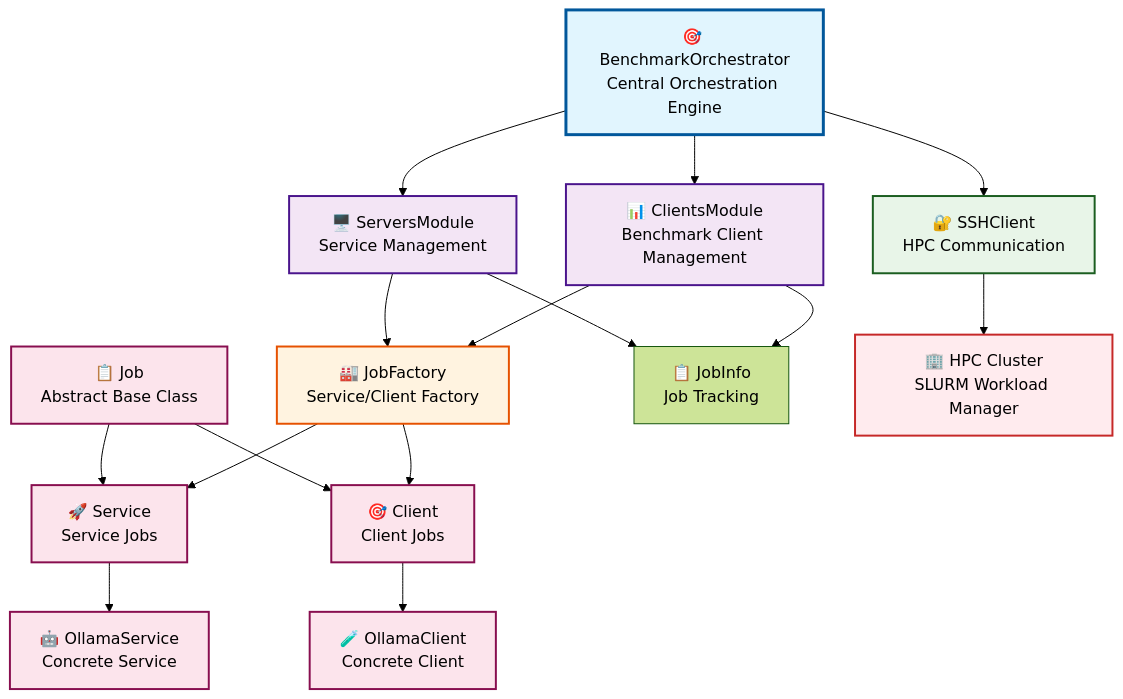
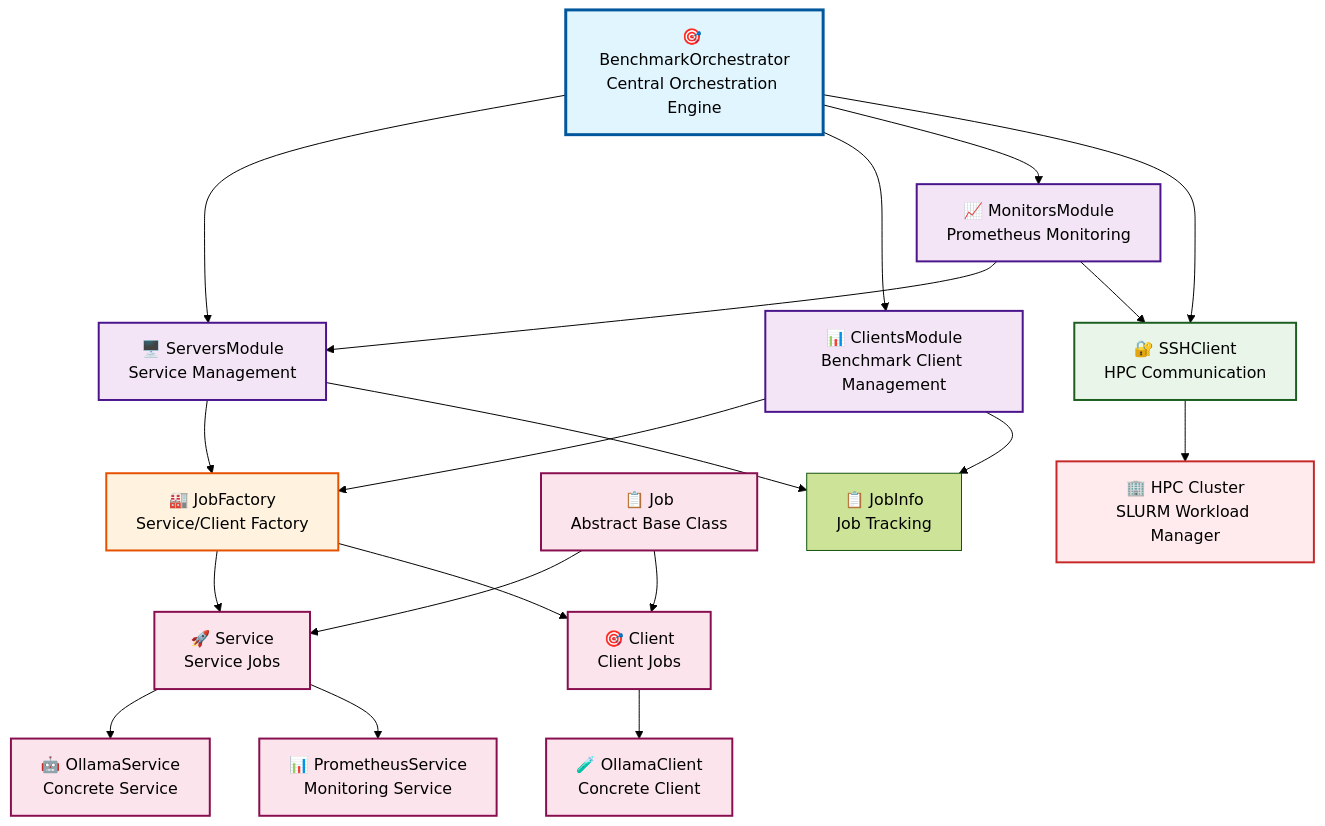
One commit to ChrisKarg/team10_EUMASTER4HPC2526_challenge changed the fourth of 8 diagrams in docs/ARCHITECTURE_DOCUMENTATION.md. Above: the diagram before and after it, drawn with Mermaid (forest theme). The commit also changed other lines of this file and 11 other files, not shown here.

Commit message:
Added basic Prometheus service to monitor other services

````diff
--- a/docs/ARCHITECTURE_DOCUMENTATION.md
+++ b/docs/ARCHITECTURE_DOCUMENTATION.md
@@ -259,54 +291,60 @@
 ```mermaid
 graph TD
     %% Main Components
     BO[🎯 BenchmarkOrchestrator<br/>Central Orchestration Engine]
     SM[🖥️ ServersModule<br/>Service Management]
     CM[📊 ClientsModule<br/>Benchmark Client Management]
+    MM[📈 MonitorsModule<br/>Prometheus Monitoring]
     SSH[🔐 SSHClient<br/>HPC Communication]
     JF[🏭 JobFactory<br/>Service/Client Factory]
     
     %% Job Hierarchy
     JOB[📋 Job<br/>Abstract Base Class]
     SRV[🚀 Service<br/>Service Jobs]
     CLT[🎯 Client<br/>Client Jobs]
     OSRV[🤖 OllamaService<br/>Concrete Service]
+    PSRV[📊 PrometheusService<br/>Monitoring Service]
     OCLT[🧪 OllamaClient<br/>Concrete Client]
     
     %% Data Components
     JI[📋 JobInfo<br/>Job Tracking]
     
     %% Relationships
     BO --> SM
     BO --> CM
+    BO --> MM
     BO --> SSH
     SM --> JF
     CM --> JF
+    MM --> SM
+    MM --> SSH
     SM --> JI
     CM --> JI
     
     JOB --> SRV
     JOB --> CLT
     SRV --> OSRV
+    SRV --> PSRV
     CLT --> OCLT
     JF --> SRV
     JF --> CLT
     
     %% External Systems
     SSH --> HPC[🏢 HPC Cluster<br/>SLURM Workload Manager]
     
     %% Styling
     classDef orchestrator fill:#e1f5fe,stroke:#01579b,stroke-width:3px
     classDef module fill:#f3e5f5,stroke:#4a148c,stroke-width:2px
     classDef infrastructure fill:#e8f5e8,stroke:#1b5e20,stroke-width:2px
     classDef factory fill:#fff3e0,stroke:#e65100,stroke-width:2px
     classDef job fill:#fce4ec,stroke:#880e4f,stroke-width:2px
     classDef external fill:#ffebee,stroke:#c62828,stroke-width:2px
     
     class BO orchestrator
-    class SM,CM module
+    class SM,CM,MM module
     class SSH infrastructure
     class JF factory
-    class JOB,SRV,CLT,OSRV,OCLT job
+    class JOB,SRV,CLT,OSRV,PSRV,OCLT job
     class JI config
     class HPC external
 ```
````
